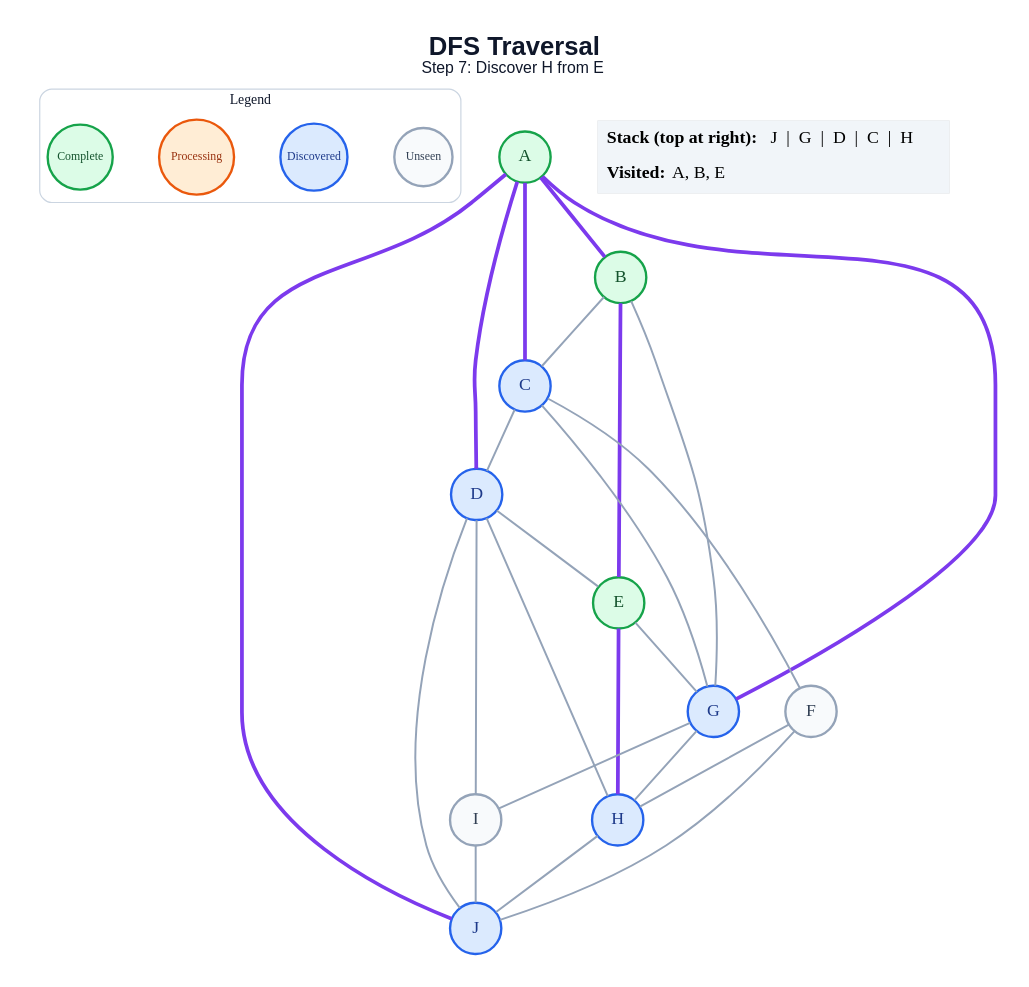
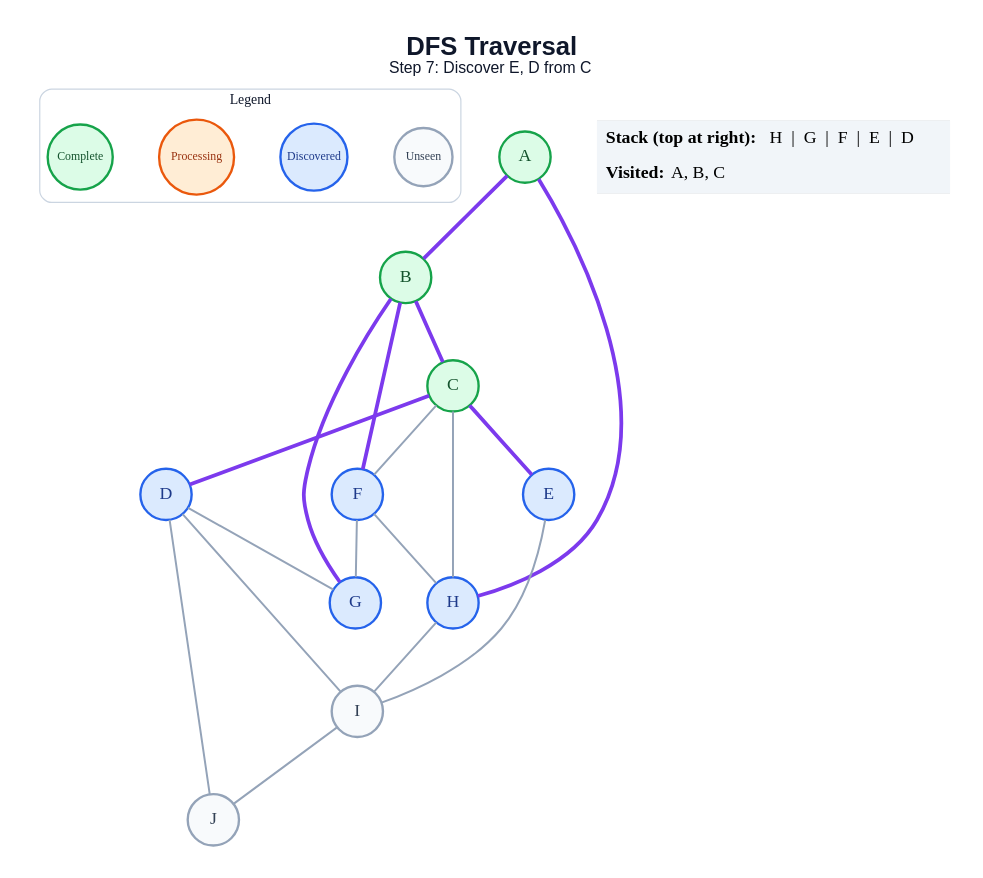
The diagram in generated/dfs/step_07.dot (anon7238593-create/ai-slop), drawn with Graphviz before and after one commit. The commit also changed 178 other files, not shown here.

```diff
--- a/generated/dfs/step_07.dot
+++ b/generated/dfs/step_07.dot
@@ -1,52 +1,46 @@
 graph traversal {
   graph [layout=dot, rankdir=TB, bgcolor="#FFFFFF", pad="0.35", nodesep="0.65", ranksep="0.8", fontname="Arial"];
   node [shape=circle, style="filled", fontname="Arial Bold", fontsize=18, width=0.72, fixedsize=true, penwidth=2.4];
   edge [color="#94A3B8", penwidth=2.0];
-  label=<<B>DFS Traversal</B><BR/><FONT POINT-SIZE="16">Step 7: Discover H from E</FONT>>; labelloc="t"; fontsize=26; fontname="Arial"; fontcolor="#0F172A";
+  label=<<B>DFS Traversal</B><BR/><FONT POINT-SIZE="16">Step 7: Discover E, D from C</FONT>>; labelloc="t"; fontsize=26; fontname="Arial"; fontcolor="#0F172A";
   subgraph cluster_legend { label="Legend"; color="#CBD5E1"; penwidth=1.2; style="rounded"; fontsize=14; fontname="Arial Bold";
     key_unseen [label="Unseen", fillcolor="#F8FAFC", color="#94A3B8", fontcolor="#334155", fontsize=12, width=0.82];
     key_frontier [label="Discovered", fillcolor="#DBEAFE", color="#2563EB", fontcolor="#1E3A8A", fontsize=12, width=0.95];
     key_current [label="Processing", fillcolor="#FFEDD5", color="#EA580C", fontcolor="#9A3412", fontsize=12, width=1.05];
     key_done [label="Complete", fillcolor="#DCFCE7", color="#16A34A", fontcolor="#14532D", fontsize=12, width=0.92];
     { rank=same; key_unseen; key_frontier; key_current; key_done; }
   }
   A [fillcolor="#DCFCE7", color="#16A34A", fontcolor="#14532D"];
   B [fillcolor="#DCFCE7", color="#16A34A", fontcolor="#14532D"];
-  C [fillcolor="#DBEAFE", color="#2563EB", fontcolor="#1E3A8A"];
+  C [fillcolor="#DCFCE7", color="#16A34A", fontcolor="#14532D"];
   D [fillcolor="#DBEAFE", color="#2563EB", fontcolor="#1E3A8A"];
-  E [fillcolor="#DCFCE7", color="#16A34A", fontcolor="#14532D"];
-  F [fillcolor="#F8FAFC", color="#94A3B8", fontcolor="#334155"];
+  E [fillcolor="#DBEAFE", color="#2563EB", fontcolor="#1E3A8A"];
+  F [fillcolor="#DBEAFE", color="#2563EB", fontcolor="#1E3A8A"];
   G [fillcolor="#DBEAFE", color="#2563EB", fontcolor="#1E3A8A"];
   H [fillcolor="#DBEAFE", color="#2563EB", fontcolor="#1E3A8A"];
   I [fillcolor="#F8FAFC", color="#94A3B8", fontcolor="#334155"];
-  J [fillcolor="#DBEAFE", color="#2563EB", fontcolor="#1E3A8A"];
+  J [fillcolor="#F8FAFC", color="#94A3B8", fontcolor="#334155"];
   A -- B [color="#7C3AED", penwidth=3.8];
-  A -- C [color="#7C3AED", penwidth=3.8];
-  A -- D [color="#7C3AED", penwidth=3.8];
-  A -- G [color="#7C3AED", penwidth=3.8];
-  A -- J [color="#7C3AED", penwidth=3.8];
-  B -- C;
-  B -- E [color="#7C3AED", penwidth=3.8];
-  B -- G;
-  C -- D;
+  A -- H [color="#7C3AED", penwidth=3.8];
+  B -- C [color="#7C3AED", penwidth=3.8];
+  B -- F [color="#7C3AED", penwidth=3.8];
+  B -- G [color="#7C3AED", penwidth=3.8];
+  C -- D [color="#7C3AED", penwidth=3.8];
+  C -- E [color="#7C3AED", penwidth=3.8];
   C -- F;
-  C -- G;
-  D -- E;
-  D -- H;
+  C -- H;
+  D -- G;
   D -- I;
   D -- J;
-  E -- G;
-  E -- H [color="#7C3AED", penwidth=3.8];
+  E -- I;
+  F -- G;
   F -- H;
-  F -- J;
-  G -- H;
-  G -- I;
-  H -- J;
+  H -- I;
   I -- J;
   status [shape=plain, fixedsize=false, width=0, height=0, margin=0, label=<
     <TABLE BORDER="0" CELLBORDER="0" CELLPADDING="7" BGCOLOR="#F1F5F9">
-      <TR><TD ALIGN="LEFT"><B>Stack (top at right):</B> J  |  G  |  D  |  C  |  H</TD></TR>
-      <TR><TD ALIGN="LEFT"><B>Visited:</B> A, B, E</TD></TR>
+      <TR><TD ALIGN="LEFT"><B>Stack (top at right):</B> H  |  G  |  F  |  E  |  D</TD></TR>
+      <TR><TD ALIGN="LEFT"><B>Visited:</B> A, B, C</TD></TR>
     </TABLE>
   >];
 }
```
